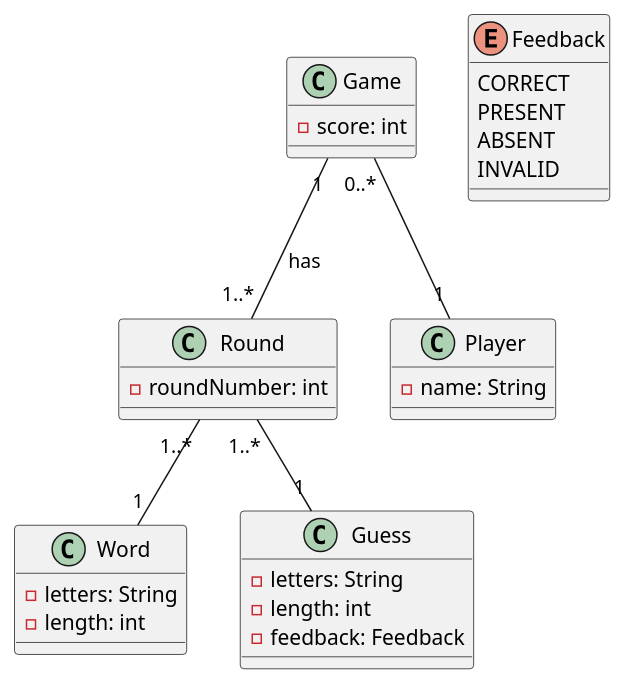
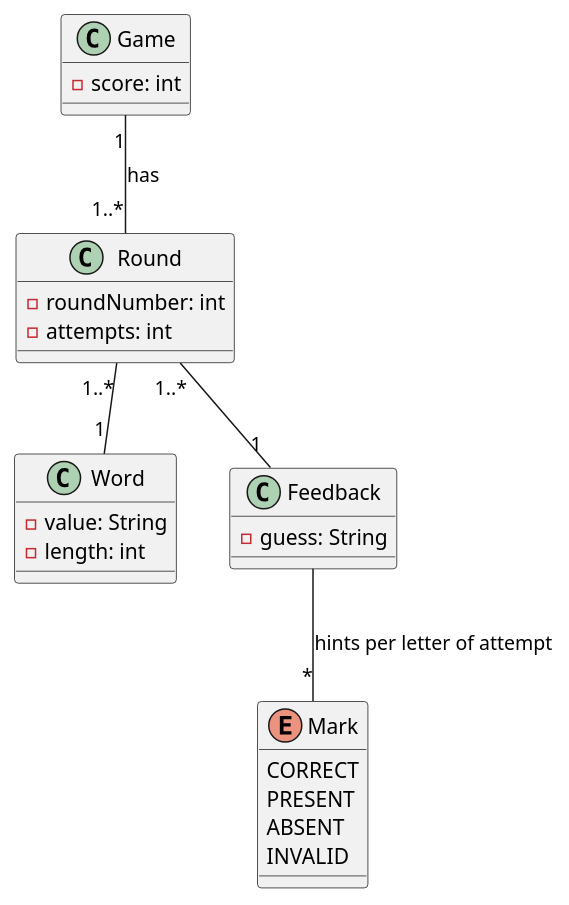
The diagram in documentation/domain/lingo-domain.plantuml (arjennorbart/cisq1-lingo), drawn with PlantUML before and after one commit. The commit also changed 6 other files, not shown here.

```diff
--- a/documentation/domain/lingo-domain.plantuml
+++ b/documentation/domain/lingo-domain.plantuml
@@ -1,39 +1,33 @@
 @startuml domain
 
 class Game {
   - score: int
 }
 
 class Round {
   - roundNumber: int
-}
-
-class Player {
-  - name: String
+  - attempts: int
 }
 
 class Word {
-  - letters: String
+  - value: String
   - length: int
 }
 
-class Guess {
-  - letters: String
-  - length: int
-  - feedback: Feedback
+class Feedback {
+  - guess: String
 }
 
-enum Feedback {
+enum Mark {
   CORRECT
   PRESENT
   ABSENT
   INVALID
 }
 
-Game "0..*" -- "1" Player 
 Game "1" -- "1..*" Round : has
 Round "1..*" -- "1" Word
-Round "1..*" -- "1" Guess
-
+Round "1..*" -- "1" Feedback
+Feedback -- "*" Mark : hints per letter of attempt
 
 @enduml
```
